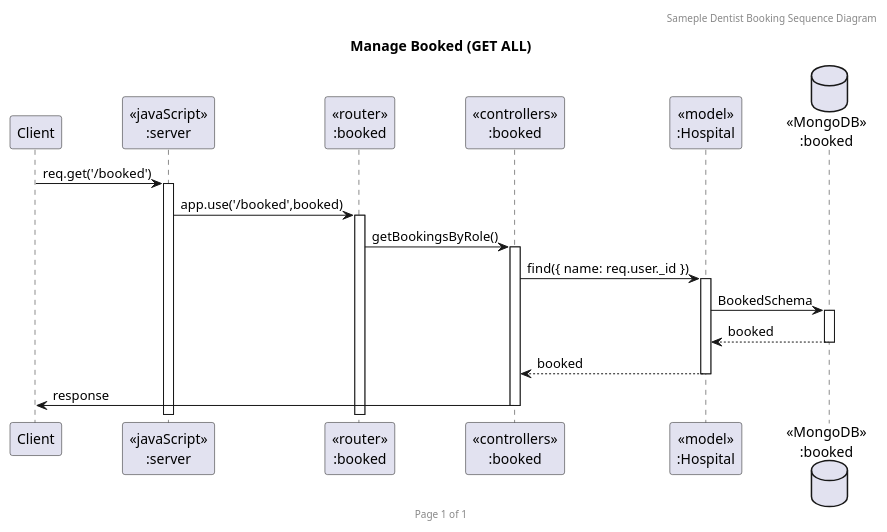
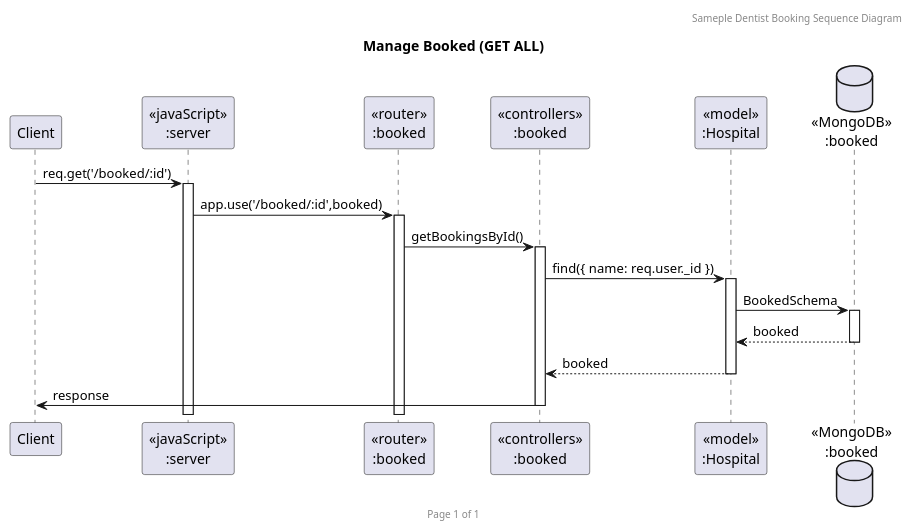
One commit to 2110503TACEDT66/presentation-day-1-kkkykkhkhwcr changed the diagram in Diagram/booked/getBookingById.puml. Above: the diagram before and after it, drawn with PlantUML. The commit also changed 8 other files, not shown here.

```diff
--- a/Diagram/booked/getBookingById.puml
+++ b/Diagram/booked/getBookingById.puml
@@ -1,23 +1,23 @@
 @startuml Manage Booked (GET ALL)
 
 header Sameple Dentist Booking Sequence Diagram
 footer Page %page% of %lastpage%
 title "Manage Booked (GET ALL)"
 
 participant "Client" as client
 participant "<<javaScript>>\n:server" as server
 participant "<<router>>\n:booked" as routerBooked
 participant "<<controllers>>\n:booked" as controllersBooked
 participant "<<model>>\n:Hospital" as modelBooked
 database "<<MongoDB>>\n:booked" as BookedDatabase
 
-client->server ++:req.get('/booked')
-server->routerBooked ++:app.use('/booked',booked)
-routerBooked -> controllersBooked ++:getBookingsByRole()
+client->server ++:req.get('/booked/:id')
+server->routerBooked ++:app.use('/booked/:id',booked)
+routerBooked -> controllersBooked ++:getBookingsById()
 controllersBooked->modelBooked ++:find({ name: req.user._id })
 modelBooked ->BookedDatabase ++: BookedSchema
 BookedDatabase --> modelBooked --: booked
 controllersBooked <-- modelBooked --:booked
 controllersBooked->client --:response
 
 @enduml
```
